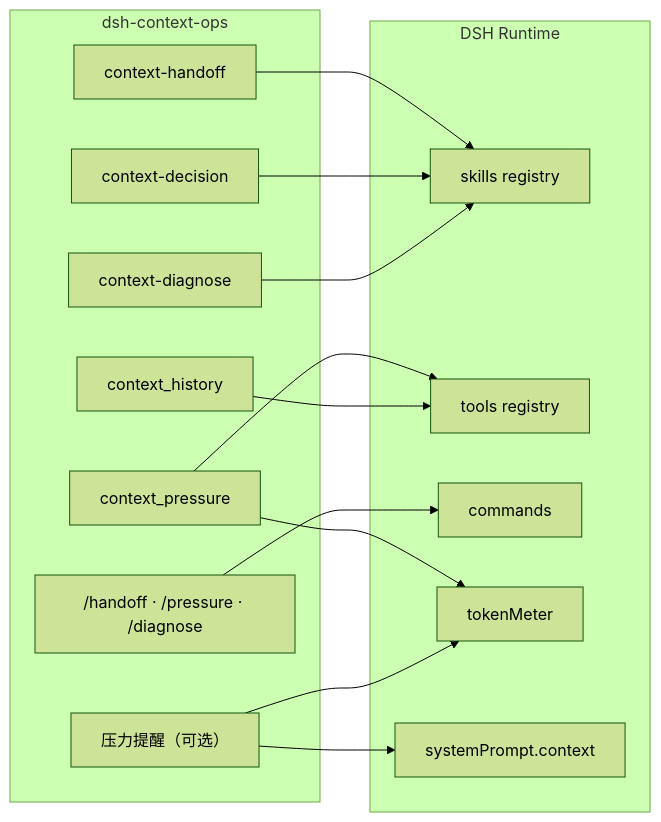
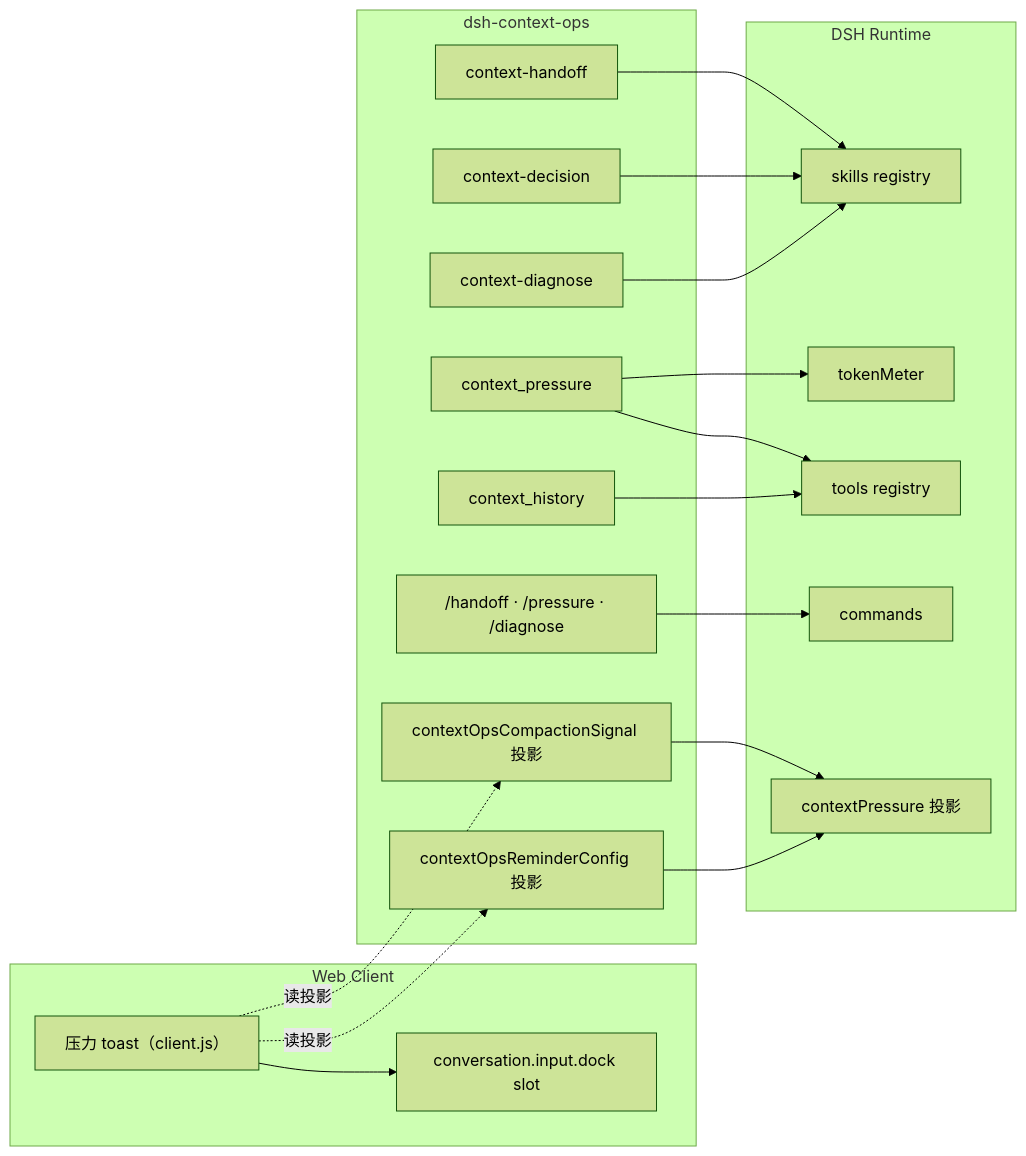
One commit to OnebugIS/dsh-context-ops changed the first of 2 diagrams in README.md. Above: the diagram before and after it, drawn with Mermaid (forest theme). The commit also changed other lines of this file and 1 other file, not shown here.

Commit message:
docs: rewrite reminder section for web client toast

````diff
--- a/README.md
+++ b/README.md
@@ -188,28 +188,36 @@
 ```mermaid
 flowchart LR
     subgraph DSH["DSH Runtime"]
         S[skills registry]
         T[tools registry]
         C[commands]
         M[tokenMeter]
-        SP[systemPrompt.context]
+        PR[contextPressure 投影]
+    end
+    subgraph W["Web Client"]
+        SL[conversation.input.dock slot]
+        BN[压力 toast（client.js）]
     end
     subgraph P["dsh-context-ops"]
         H["context-handoff"]
         D["context-decision"]
         G["context-diagnose"]
         PT["context_pressure"]
         HT["context_history"]
         CM["/handoff · /pressure · /diagnose"]
-        RM["压力提醒（可选）"]
+        RC["contextOpsReminderConfig 投影"]
+        CS["contextOpsCompactionSignal 投影"]
     end
     H --> S
     D --> S
     G --> S
     PT --> T
     HT --> T
     PT --> M
     CM --> C
-    RM --> SP
-    RM --> M
+    RC --> PR
+    CS --> PR
+    BN --> SL
+    BN -.读投影.-> RC
+    BN -.读投影.-> CS
 ```
````
